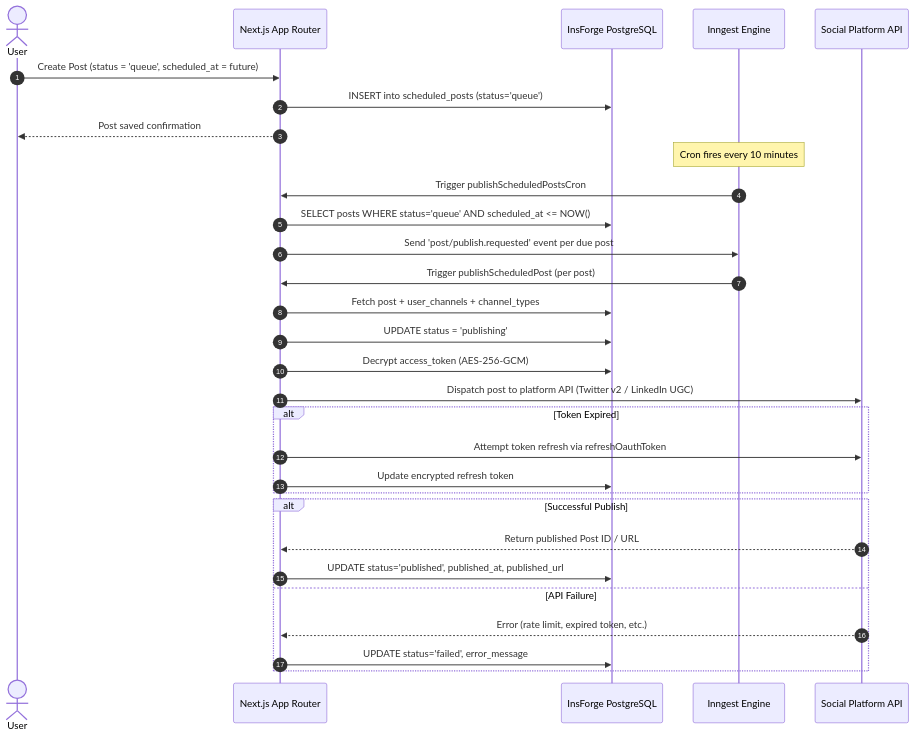
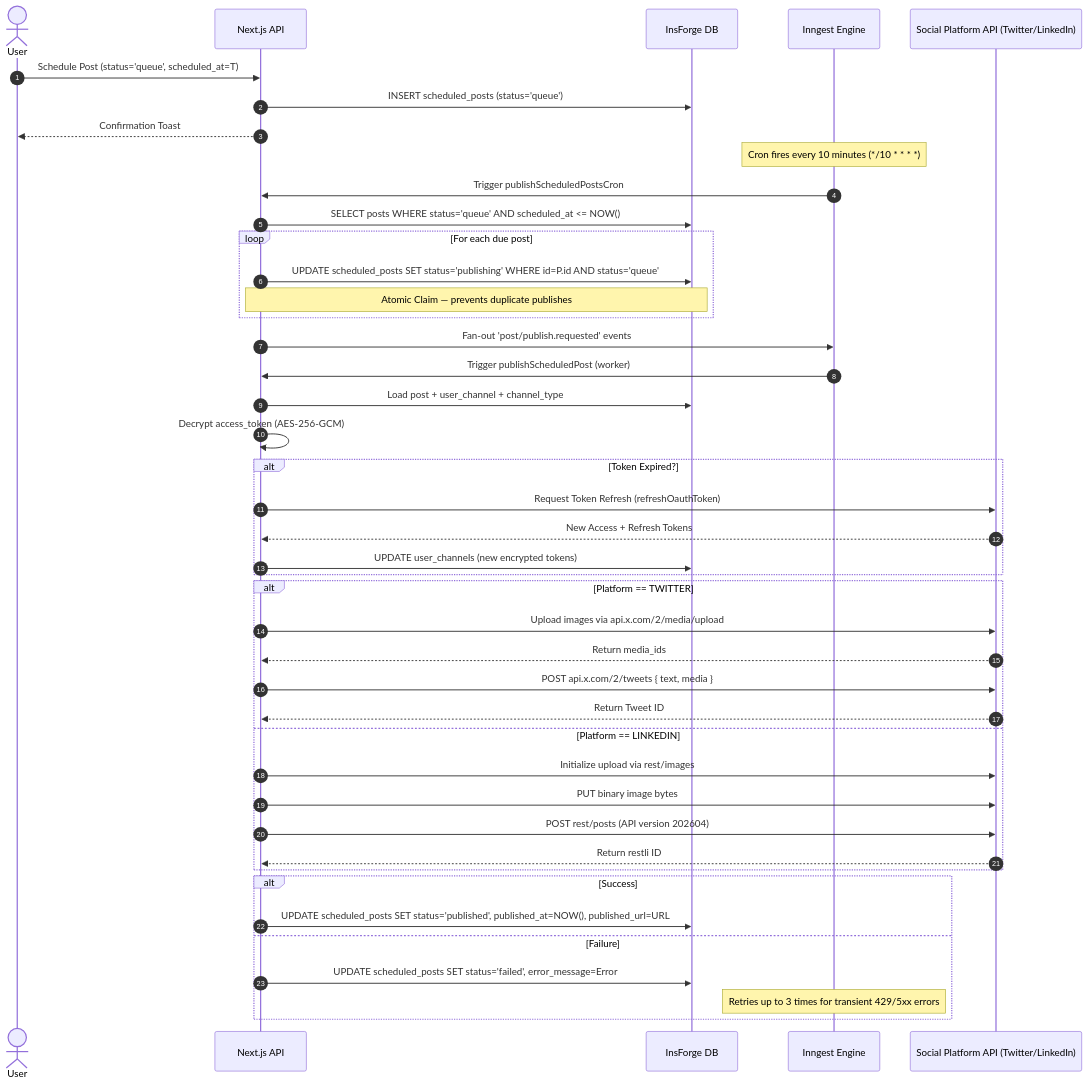
The fourth of 4 diagrams in README.md (Suguda-Thakur-Marndi/FluxPost), drawn with Mermaid before and after one commit. The commit also changed other lines of this file, not shown here.

Commit message:
docs: overhaul README with expanded technical architecture, feature documentation, and build status badges.

````diff
--- a/README.md
+++ b/README.md
@@ -465,38 +956,54 @@
 ```mermaid
 sequenceDiagram
     autonumber
-    actor User
-    participant App as Next.js App Router
-    participant DB as InsForge PostgreSQL
+    actor User as User
+    participant App as Next.js API
+    participant DB as InsForge DB
     participant Inngest as Inngest Engine
-    participant Social as Social Platform API
+    participant Social as Social Platform API (Twitter/LinkedIn)
 
-    User->>App: Create Post (status = 'queue', scheduled_at = future)
-    App->>DB: INSERT into scheduled_posts (status='queue')
-    App-->>User: Post saved confirmation
+    User->>App: Schedule Post (status='queue', scheduled_at=T)
+    App->>DB: INSERT scheduled_posts (status='queue')
+    App-->>User: Confirmation Toast
 
-    Note over Inngest: Cron fires every 10 minutes
-
+    Note over Inngest: Cron fires every 10 minutes (*/10 * * * *)
     Inngest->>App: Trigger publishScheduledPostsCron
+    
     App->>DB: SELECT posts WHERE status='queue' AND scheduled_at <= NOW()
-    App->>Inngest: Send 'post/publish.requested' event per due post
-
-    Inngest->>App: Trigger publishScheduledPost (per post)
-    App->>DB: Fetch post + user_channels + channel_types
-    App->>DB: UPDATE status = 'publishing'
-    App->>DB: Decrypt access_token (AES-256-GCM)
-    App->>Social: Dispatch post to platform API (Twitter v2 / LinkedIn UGC)
-
-    alt Token Expired
-        App->>Social: Attempt token refresh via refreshOauthToken
-        App->>DB: Update encrypted refresh token
+    
+    loop For each due post
+        App->>DB: UPDATE scheduled_posts SET status='publishing' WHERE id=P.id AND status='queue'
+        Note over App,DB: Atomic Claim — prevents duplicate publishes
     end
 
-    alt Successful Publish
-        Social-->>App: Return published Post ID / URL
-        App->>DB: UPDATE status='published', published_at, published_url
-    else API Failure
-        Social-->>App: Error (rate limit, expired token, etc.)
-        App->>DB: UPDATE status='failed', error_message
+    App->>Inngest: Fan-out 'post/publish.requested' events
+    
+    Inngest->>App: Trigger publishScheduledPost (worker)
+    App->>DB: Load post + user_channel + channel_type
+    App->>App: Decrypt access_token (AES-256-GCM)
+
+    alt Token Expired?
+        App->>Social: Request Token Refresh (refreshOauthToken)
+        Social-->>App: New Access + Refresh Tokens
+        App->>DB: UPDATE user_channels (new encrypted tokens)
+    end
+
+    alt Platform == TWITTER
+        App->>Social: Upload images via api.x.com/2/media/upload
+        Social-->>App: Return media_ids
+        App->>Social: POST api.x.com/2/tweets { text, media }
+        Social-->>App: Return Tweet ID
+    else Platform == LINKEDIN
+        App->>Social: Initialize upload via rest/images
+        App->>Social: PUT binary image bytes
+        App->>Social: POST rest/posts (API version 202604)
+        Social-->>App: Return restli ID
+    end
+
+    alt Success
+        App->>DB: UPDATE scheduled_posts SET status='published', published_at=NOW(), published_url=URL
+    else Failure
+        App->>DB: UPDATE scheduled_posts SET status='failed', error_message=Error
+        Note over Inngest: Retries up to 3 times for transient 429/5xx errors
     end
 ```
````
